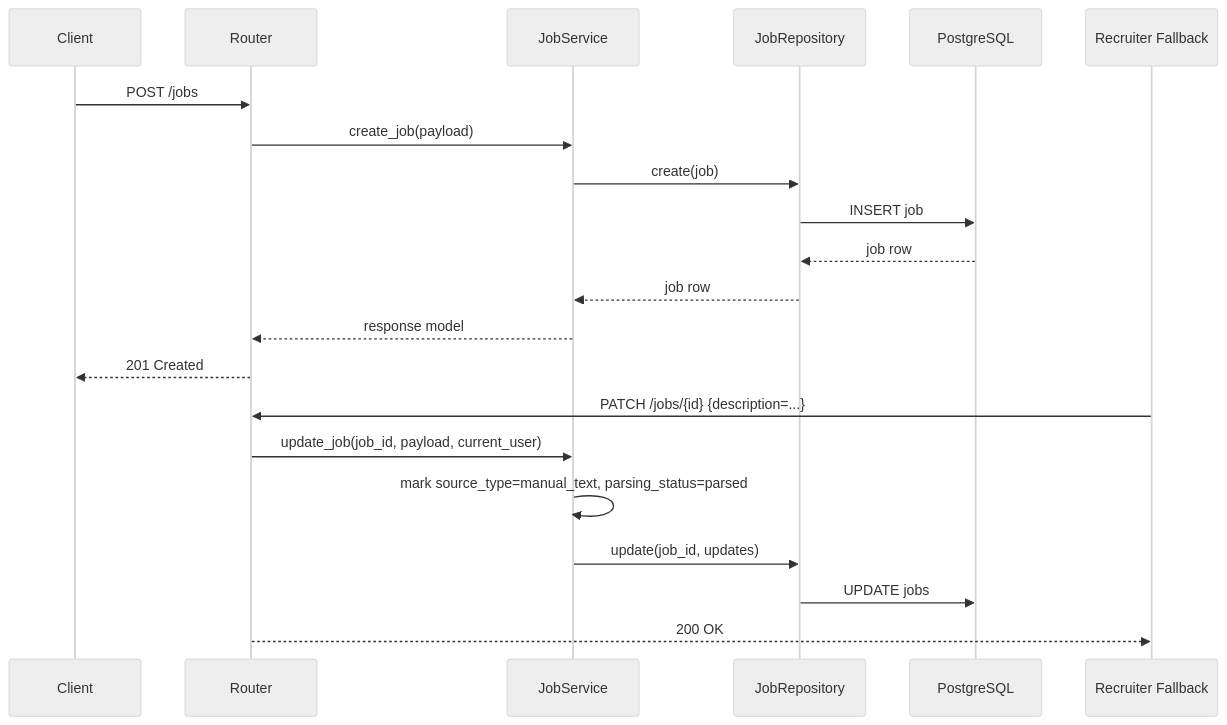
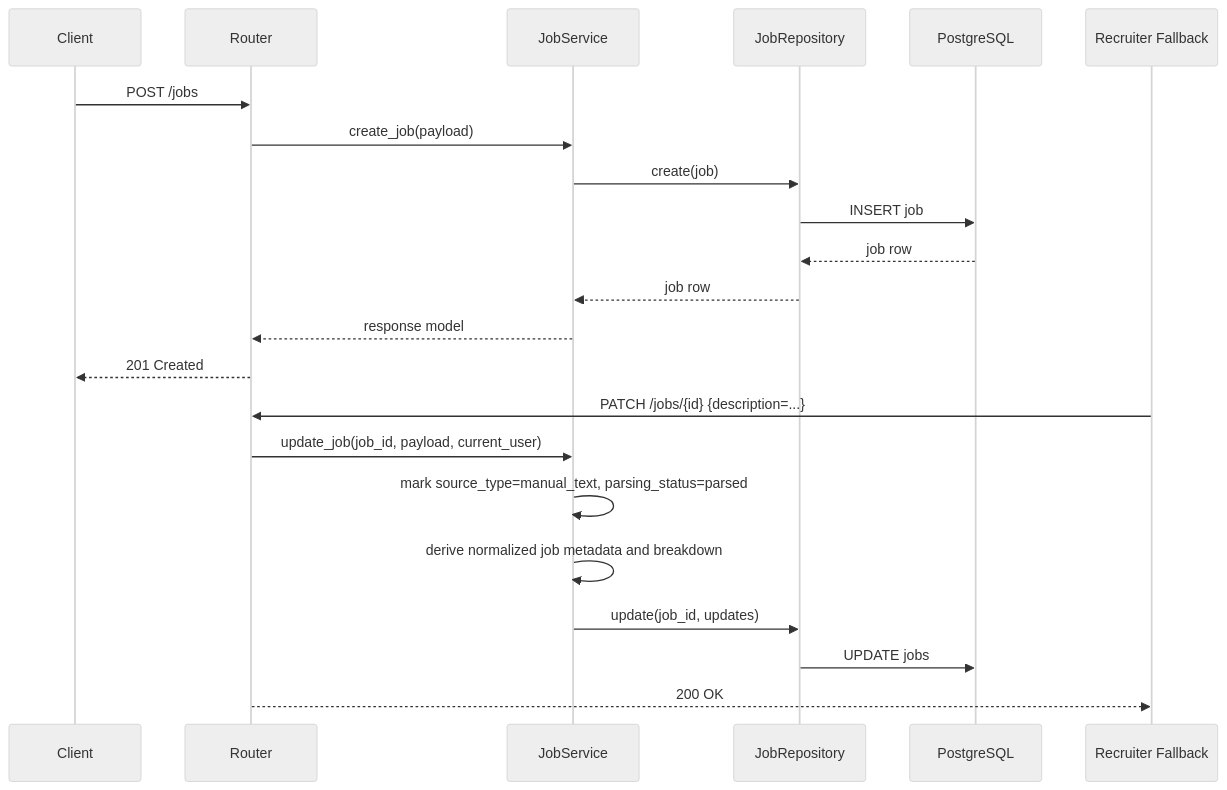
The second of 6 diagrams in docs/SERVICES.md (afnan-emumba/smart-hire), drawn with Mermaid (neutral theme) before and after one commit. The commit also changed other lines of this file and 15 other files, not shown here.

First line of the commit message:
feat: Add structured job metadata fields and update job publishing workflow

````diff
--- a/docs/SERVICES.md
+++ b/docs/SERVICES.md
@@ -63,25 +64,26 @@
 ```mermaid
 sequenceDiagram
     participant Client
     participant Router
     participant Service as JobService
     participant Repo as JobRepository
     participant DB as PostgreSQL
     participant ClientFallback as Recruiter Fallback
 
     Client->>Router: POST /jobs
     Router->>Service: create_job(payload)
     Service->>Repo: create(job)
     Repo->>DB: INSERT job
     DB-->>Repo: job row
     Repo-->>Service: job row
     Service-->>Router: response model
     Router-->>Client: 201 Created
 
     ClientFallback->>Router: PATCH /jobs/{id} {description=...}
     Router->>Service: update_job(job_id, payload, current_user)
     Service->>Service: mark source_type=manual_text, parsing_status=parsed
+    Service->>Service: derive normalized job metadata and breakdown
     Service->>Repo: update(job_id, updates)
     Repo->>DB: UPDATE jobs
     Router-->>ClientFallback: 200 OK
 ```
````
